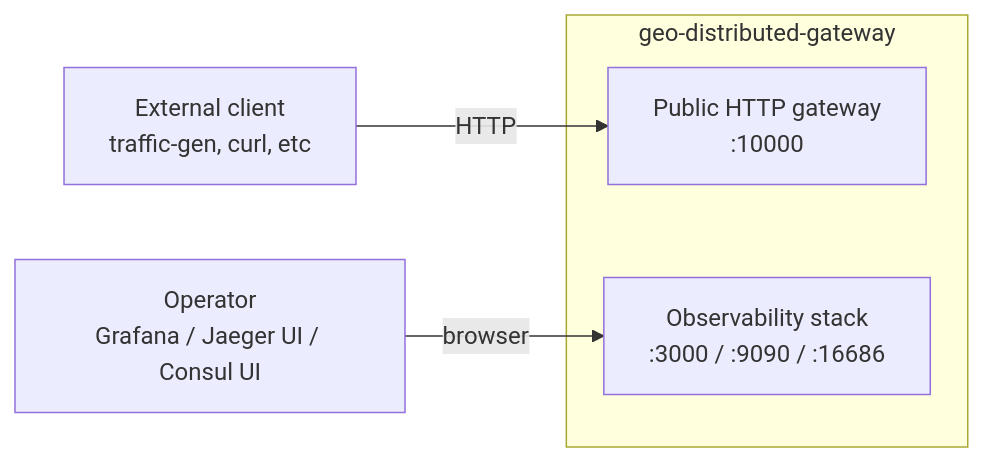
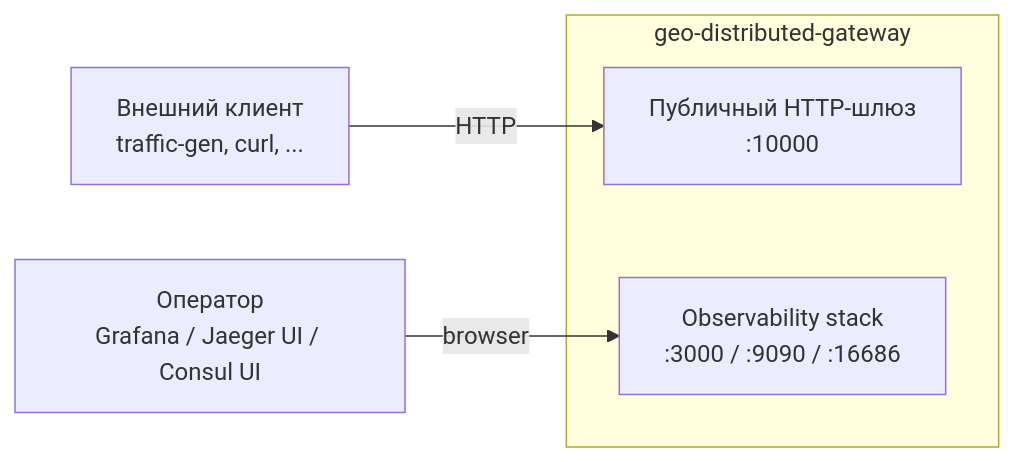
The first of 8 diagrams in docs/Architecture.md (MAI-RWB-Tech/geo-distributed-gateway), drawn with Mermaid before and after one commit. The commit also changed other lines of this file and 1 other file, not shown here.

Commit message:
docs: translate README and Architecture.md to Russian

````diff
--- a/docs/Architecture.md
+++ b/docs/Architecture.md
@@ -43,13 +43,13 @@
 ```mermaid
 flowchart LR
-    user[External client<br/>traffic-gen, curl, etc]
-    op[Operator<br/>Grafana / Jaeger UI / Consul UI]
+    user[Внешний клиент<br/>traffic-gen, curl, ...]
+    op[Оператор<br/>Grafana / Jaeger UI / Consul UI]
 
     subgraph gateway[geo-distributed-gateway]
-        gw[Public HTTP gateway<br/>:10000]
+        gw[Публичный HTTP-шлюз<br/>:10000]
         obs[Observability stack<br/>:3000 / :9090 / :16686]
     end
 
     user -- HTTP --> gw
     op -- browser --> obs
 ```
````
